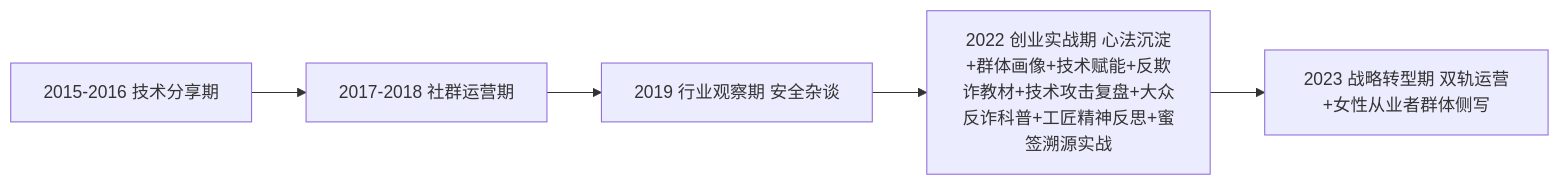
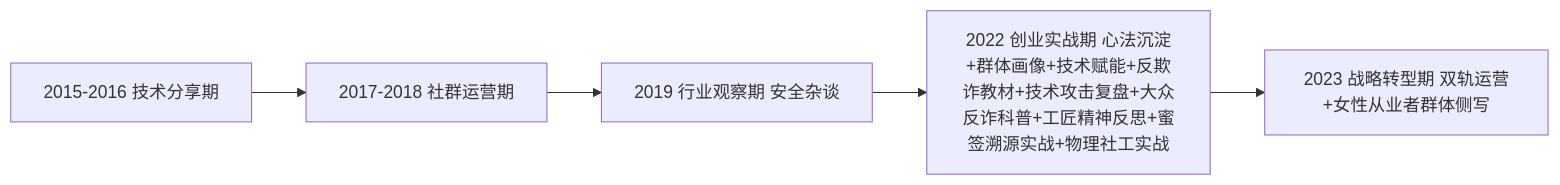
Before and after one commit to OpenDocCN1/sec-llm-wiki: the diagram in pages/301-zai-lushang-wechat-archive-201508-202208.md, drawn with Mermaid. The commit also changed other lines of this file, not shown here.

````diff
--- a/pages/301-zai-lushang-wechat-archive-201508-202208.md
+++ b/pages/301-zai-lushang-wechat-archive-201508-202208.md
@@ -452,7 +494,7 @@
 ```mermaid
 graph LR
 A[2015-2016 技术分享期] --> B[2017-2018 社群运营期]
 B --> C[2019 行业观察期 安全杂谈]
-C --> D[2022 创业实战期 心法沉淀+群体画像+技术赋能+反欺诈教材+技术攻击复盘+大众反诈科普+工匠精神反思+蜜签溯源实战]
+C --> D[2022 创业实战期 心法沉淀+群体画像+技术赋能+反欺诈教材+技术攻击复盘+大众反诈科普+工匠精神反思+蜜签溯源实战+物理社工实战]
 D --> E[2023 战略转型期 双轨运营+女性从业者群体侧写]
 ```
````
